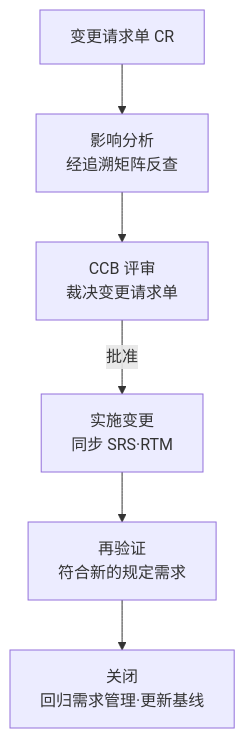
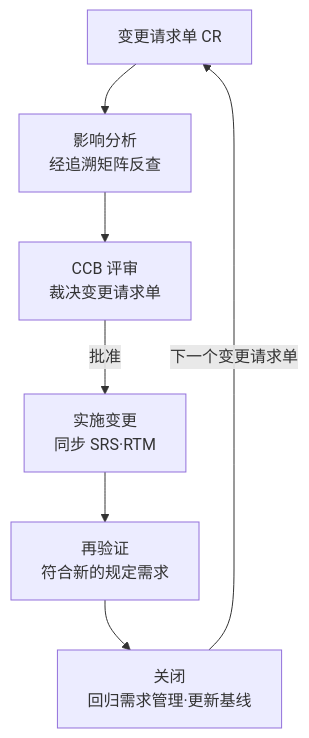
One commit to Yongjunzhou/AOS-system-design changed the first of 2 diagrams in 100-subprojects/01-系统工程研究/03-架构师是个怎样的物种/04-第4章-需求工程-从诉求到依据.md. Above: the diagram before and after it, drawn with Mermaid. The commit also changed other lines of this file and 9 other files, not shown here.

````diff
--- a/100-subprojects/01-系统工程研究/03-架构师是个怎样的物种/04-第4章-需求工程-从诉求到依据.md
+++ b/100-subprojects/01-系统工程研究/03-架构师是个怎样的物种/04-第4章-需求工程-从诉求到依据.md
@@ -234,8 +234,9 @@
 ```mermaid
 flowchart TD
     CR["变更请求单 CR"] --> IA["影响分析<br/>经追溯矩阵反查"]
     IA --> CCB["CCB 评审<br/>裁决变更请求单"]
     CCB -->|批准| IMP["实施变更<br/>同步 SRS·RTM"]
     IMP --> VER["再验证<br/>符合新的规定需求"]
     VER --> CL["关闭<br/>回归需求管理·更新基线"]
+    CL -->|下一个变更请求单| CR
 ```
````
